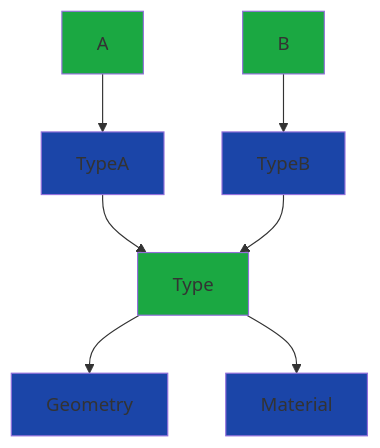
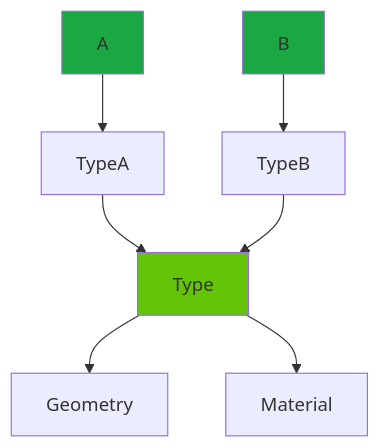
The second of 3 diagrams in README.md (tomvandig/eccg), drawn with Mermaid before and after one commit. The commit also changed other lines of this file, not shown here.

````diff
--- a/README.md
+++ b/README.md
@@ -50,21 +44,15 @@
 ```mermaid
 graph TD;
     A-->TypeA;
     B-->TypeB;
 
     TypeA-->Type
     TypeB-->Type
 
     Type-->Geometry;
     Type-->Material;
     
     style A fill:#1ba842
     style B fill:#1ba842
-    style Type fill:#1ba842
-
-    style TypeA fill: #1b45a8
-    style TypeB fill: #1b45a8
-
-    style Geometry fill: #1b45a8
-    style Material fill: #1b45a8
+    style Type fill:#63c408
 ```
````
